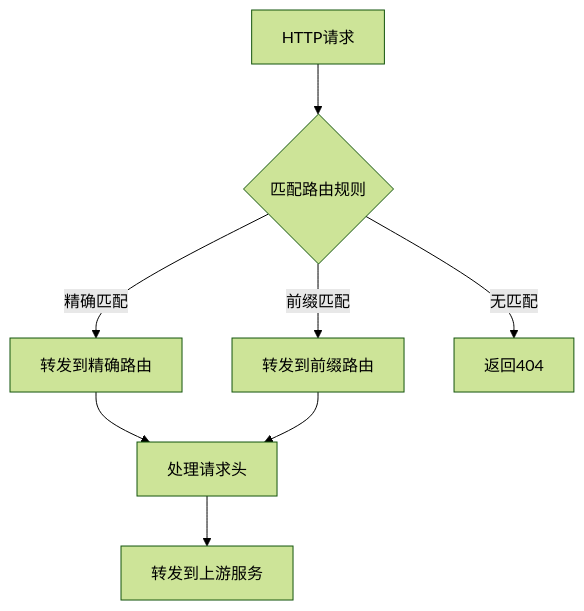
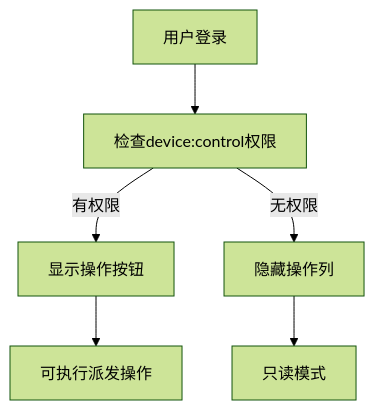
Diagram 26 of 28 in .qoder/repowiki/zh/content/测试策略/测试策略.md (q446328246/agri-platform), drawn with Mermaid (forest theme) before and after one commit. The commit also changed other lines of this file and 35 other files, not shown here.

````diff
--- a/.qoder/repowiki/zh/content/测试策略/测试策略.md
+++ b/.qoder/repowiki/zh/content/测试策略/测试策略.md
@@ -732,10 +755,8 @@
 ```mermaid
 flowchart TD
-Request["HTTP请求"] --> MatchRoute{"匹配路由规则"}
-MatchRoute --> |精确匹配| ForwardExact["转发到精确路由"]
-MatchRoute --> |前缀匹配| ForwardPrefix["转发到前缀路由"]
-MatchRoute --> |无匹配| Return404["返回404"]
-ForwardExact --> ProcessHeaders["处理请求头"]
-ForwardPrefix --> ProcessHeaders
-ProcessHeaders --> Upstream["转发到上游服务"]
+UserLogin["用户登录"] --> CheckPermission["检查device:control权限"]
+CheckPermission --> |有权限| ShowActions["显示操作按钮"]
+CheckPermission --> |无权限| HideActions["隐藏操作列"]
+ShowActions --> CanDispatch["可执行派发操作"]
+HideActions --> ReadOnly["只读模式"]
 ```
````
